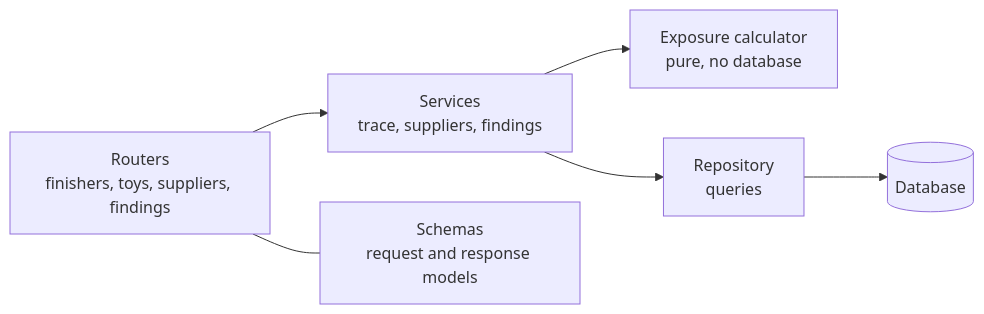
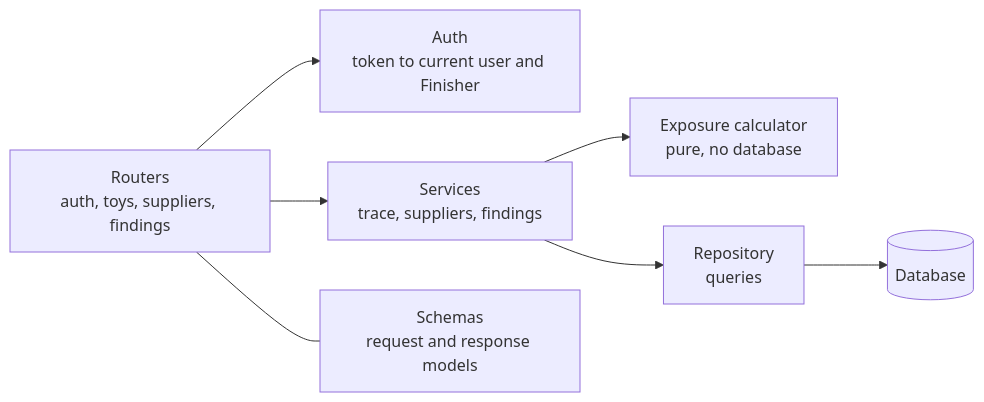
One commit to take-home-tract/FairToy changed the fourth of 4 diagrams in docs/design.md. Above: the diagram before and after it, drawn with Mermaid. The commit also changed other lines of this file and 5 other files, not shown here.

First line of the commit message:
Design: auth, per-Finisher ownership, API and UX

````diff
--- a/docs/design.md
+++ b/docs/design.md
@@ -123,8 +153,9 @@
 ```mermaid
 flowchart LR
-    R[Routers<br/>finishers, toys, suppliers, findings] --> S[Services<br/>trace, suppliers, findings]
+    R[Routers<br/>auth, toys, suppliers, findings] --> A[Auth<br/>token to current user and Finisher]
+    R --> S[Services<br/>trace, suppliers, findings]
     R --- M[Schemas<br/>request and response models]
     S --> C[Exposure calculator<br/>pure, no database]
     S --> Q[Repository<br/>queries]
     Q --> DB[(Database)]
 ```
````
